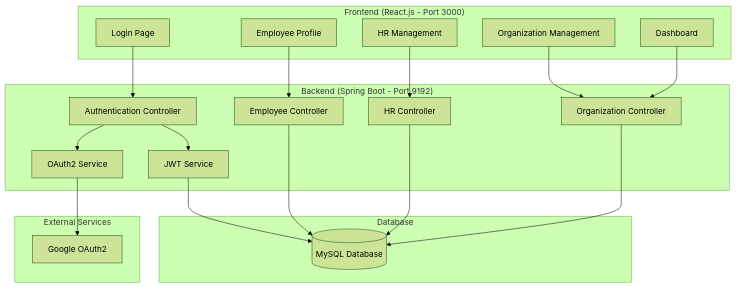
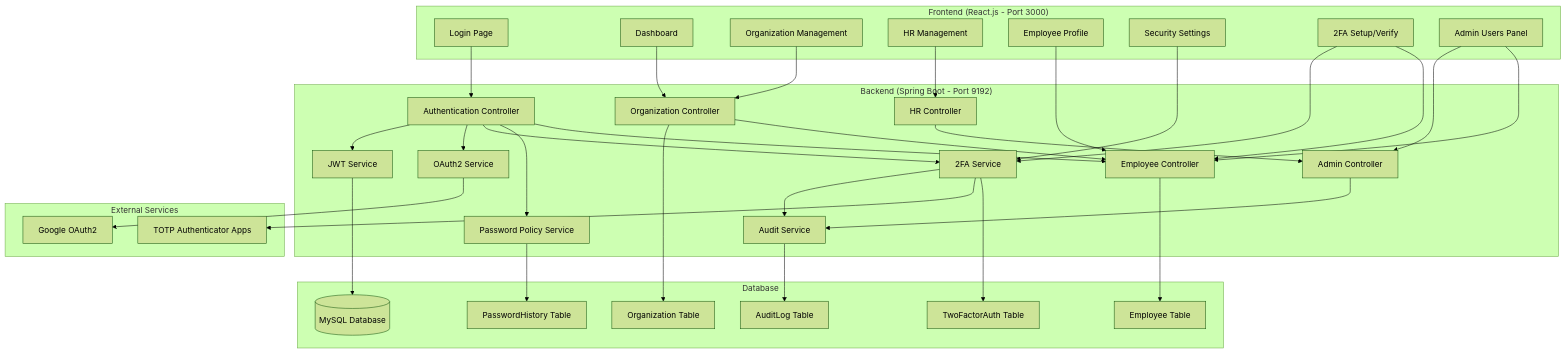
Before and after one commit to Prabhav49/Organisation_Registration: the first of 3 diagrams in README.md, drawn with Mermaid (forest theme). The commit also changed other lines of this file and 67 other files, not shown here.

````diff
--- a/README.md
+++ b/README.md
@@ -17,40 +22,68 @@
 ```mermaid
 graph TB
     subgraph "Frontend (React.js - Port 3000)"
         A[Login Page]
         B[Dashboard]
         C[Organization Management]
         D[HR Management]
         E[Employee Profile]
+        F[Security Settings]
+        G[2FA Setup/Verify]
+        H[Admin Users Panel]
     end
     
     subgraph "Backend (Spring Boot - Port 9192)"
-        F[Authentication Controller]
-        G[Organization Controller]
-        H[HR Controller]
-        I[Employee Controller]
-        J[JWT Service]
-        K[OAuth2 Service]
+        I[Authentication Controller]
+        J[Organization Controller]
+        K[HR Controller]
+        L[Employee Controller]
+        M[Admin Controller]
+        N[JWT Service]
+        O[OAuth2 Service]
+        P[2FA Service]
+        Q[Audit Service]
+        R[Password Policy Service]
     end
     
     subgraph "Database"
-        L[(MySQL Database)]
+        S[(MySQL Database)]
+        T[Employee Table]
+        U[TwoFactorAuth Table]
+        V[AuditLog Table]
+        W[Organization Table]
+        X[PasswordHistory Table]
     end
     
     subgraph "External Services"
-        M[Google OAuth2]
+        Y[Google OAuth2]
+        Z[TOTP Authenticator Apps]
     end
     
-    A --> F
-    B --> G
-    C --> G
-    D --> H
-    E --> I
-    F --> J
-    F --> K
+    A --> I
+    B --> J
+    C --> J
+    D --> K
+    E --> L
+    F --> P
+    G --> P
+    H --> M
+    I --> N
+    I --> O
+    I --> P
+    M --> Q
+    P --> Q
+    I --> R
+    O --> Y
+    P --> Z
+    N --> S
+    Q --> V
+    R --> X
+    J --> W
+    L --> T
+    P --> U
     K --> M
     G --> L
     H --> L
     I --> L
     J --> L
 ```
````
